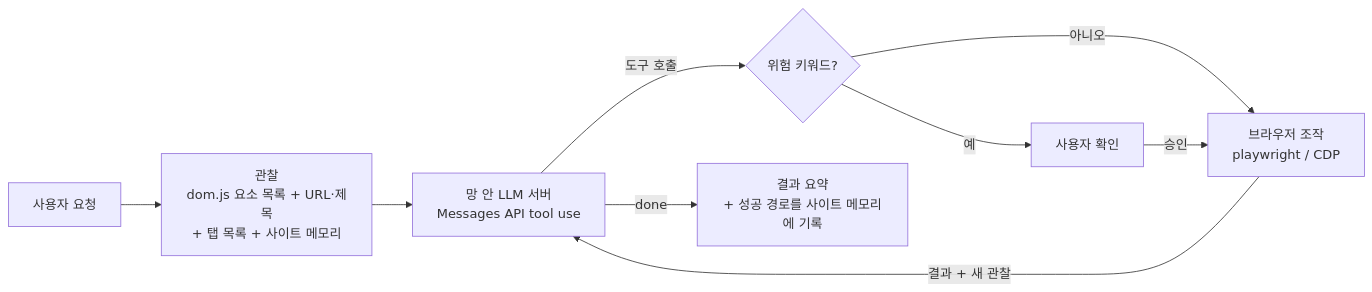
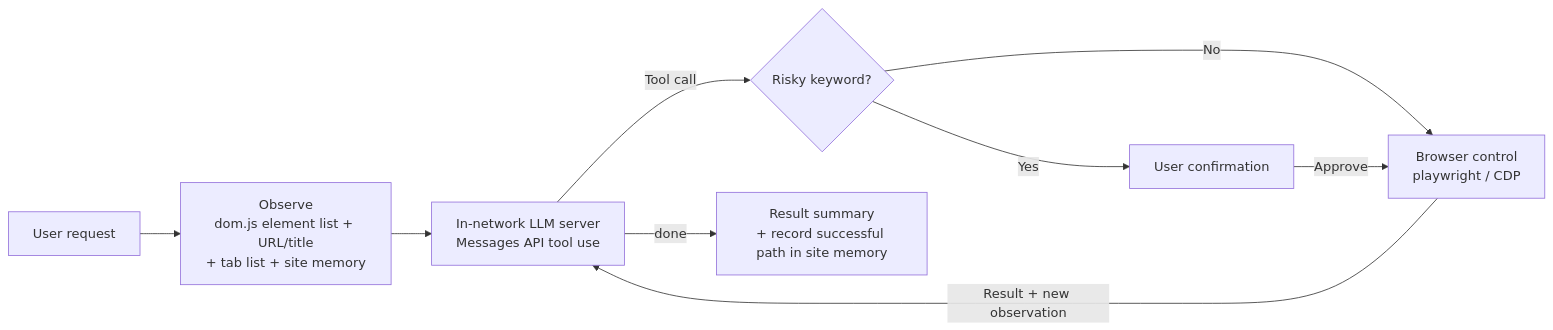
Before and after one commit to SunnyJLab/nongside: the diagram in README.md, drawn with Mermaid. The commit also changed other lines of this file and 2 other files, not shown here.

````diff
--- a/README.md
+++ b/README.md
@@ -473,11 +476,11 @@
 ```mermaid
 flowchart LR
-    A[사용자 요청] --> B["관찰\ndom.js 요소 목록 + URL·제목\n+ 탭 목록 + 사이트 메모리"]
-    B --> C["망 안 LLM 서버\nMessages API tool use"]
-    C -->|도구 호출| D{위험 키워드?}
-    D -->|예| E[사용자 확인]
-    D -->|아니오| F["브라우저 조작\nplaywright / CDP"]
-    E -->|승인| F
-    F -->|결과 + 새 관찰| C
-    C -->|done| G["결과 요약\n+ 성공 경로를 사이트 메모리에 기록"]
+    A[User request] --> B["Observe\ndom.js element list + URL/title\n+ tab list + site memory"]
+    B --> C["In-network LLM server\nMessages API tool use"]
+    C -->|Tool call| D{Risky keyword?}
+    D -->|Yes| E[User confirmation]
+    D -->|No| F["Browser control\nplaywright / CDP"]
+    E -->|Approve| F
+    F -->|Result + new observation| C
+    C -->|done| G["Result summary\n+ record successful path in site memory"]
 ```
````
